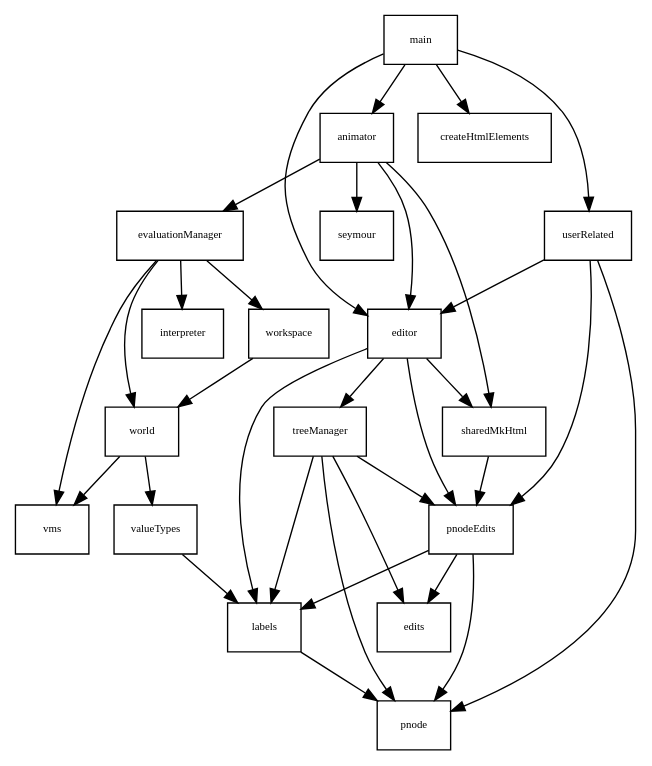
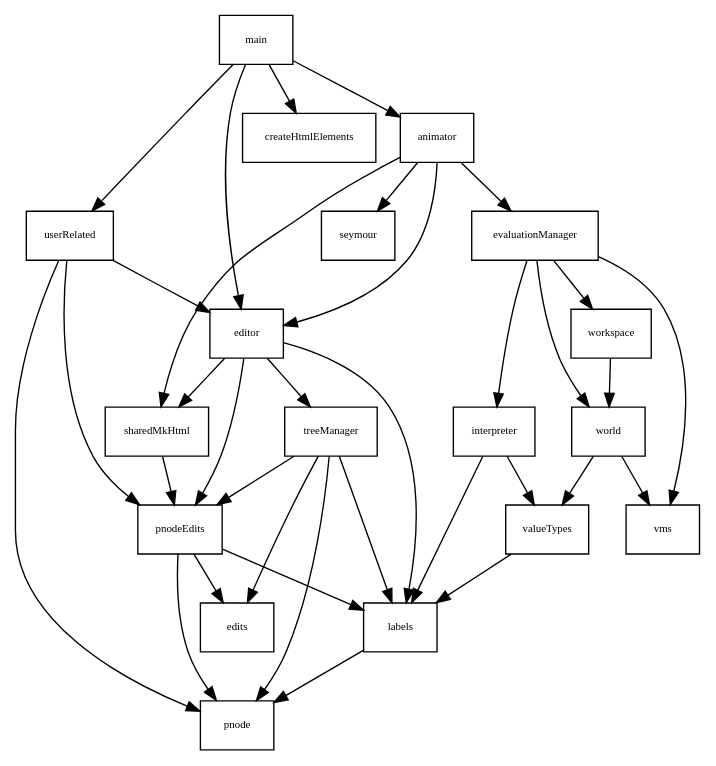
The diagram in typescriptSrc/dependence-js.gv (theodore-norvell/PLAAY), drawn with Graphviz before and after one commit. The commit also changed 6 other files, not shown here.

```diff
--- a/typescriptSrc/dependence-js.gv
+++ b/typescriptSrc/dependence-js.gv
@@ -1,49 +1,52 @@
 digraph Depends {
 
    gsize="8,6"; ratio=fill;
    node[fontsize=8, shape=rectangle];
 
    animator -> editor ;
    animator -> evaluationManager ;
    animator -> seymour ;
    animator -> sharedMkHtml ;
 
    editor -> labels ;
    editor -> pnodeEdits ;
    editor -> sharedMkHtml ;
    editor -> treeManager ;
 
    evaluationManager -> interpreter ;
    evaluationManager -> vms ;
    evaluationManager -> workspace ;
    evaluationManager -> world ;
 
+   interpreter -> labels ;
+   interpreter -> valueTypes ;
+   
    labels -> pnode
 
    main -> createHtmlElements ;
    main -> editor ;
    main -> animator ;
    main -> userRelated ;
 
    pnodeEdits -> edits ;
    pnodeEdits -> labels ;
    pnodeEdits -> pnode ;
 
    sharedMkHtml -> pnodeEdits ;
 
    treeManager -> edits ;
    treeManager -> labels ;
    treeManager -> pnode ;
    treeManager -> pnodeEdits ;
 
    userRelated -> editor ;
    userRelated -> pnodeEdits ;
    userRelated -> pnode ;
 
    valueTypes -> labels ;
 
    workspace -> world ;
 
    world -> valueTypes ;
    world -> vms ;
 }
```
